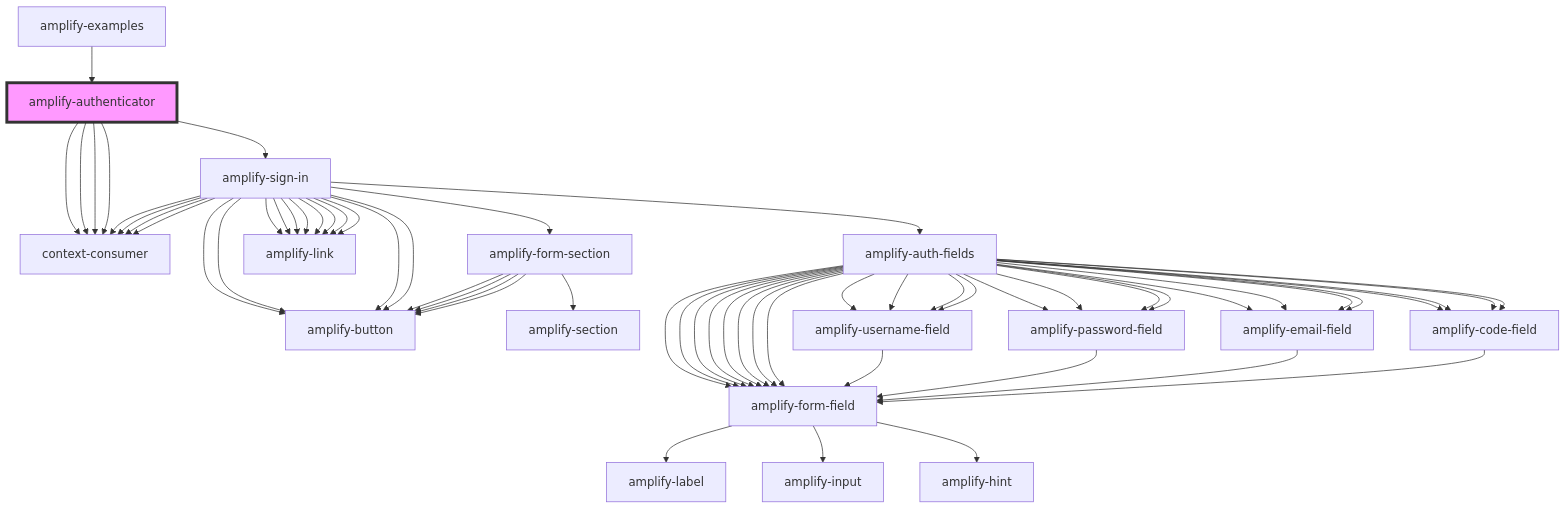
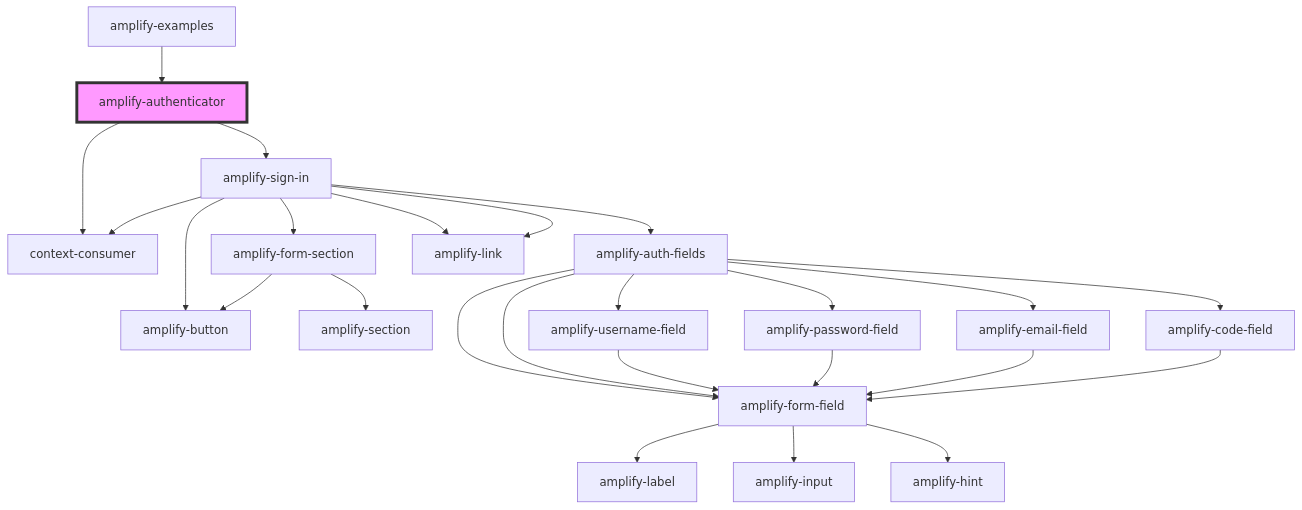
The diagram in packages/amplify-ui-components/src/components/amplify-authenticator/readme.md (aws-amplify/amplify-js), drawn with Mermaid before and after one commit. The commit also changed other lines of this file and 4 other files, not shown here.

````diff
--- a/packages/amplify-ui-components/src/components/amplify-authenticator/readme.md
+++ b/packages/amplify-ui-components/src/components/amplify-authenticator/readme.md
@@ -30,64 +27,28 @@
 ```mermaid
 graph TD;
   amplify-authenticator --> amplify-sign-in
-  amplify-authenticator --> context-consumer
-  amplify-authenticator --> context-consumer
-  amplify-authenticator --> context-consumer
   amplify-authenticator --> context-consumer
   amplify-sign-in --> amplify-form-section
   amplify-sign-in --> amplify-auth-fields
   amplify-sign-in --> amplify-link
   amplify-sign-in --> context-consumer
   amplify-sign-in --> amplify-link
   amplify-sign-in --> amplify-button
-  amplify-sign-in --> amplify-link
-  amplify-sign-in --> context-consumer
-  amplify-sign-in --> amplify-link
-  amplify-sign-in --> amplify-button
-  amplify-sign-in --> amplify-link
-  amplify-sign-in --> context-consumer
-  amplify-sign-in --> amplify-link
-  amplify-sign-in --> amplify-button
-  amplify-sign-in --> amplify-link
-  amplify-sign-in --> context-consumer
-  amplify-sign-in --> amplify-link
-  amplify-sign-in --> amplify-button
   amplify-form-section --> amplify-section
   amplify-form-section --> amplify-button
-  amplify-form-section --> amplify-button
-  amplify-form-section --> amplify-button
-  amplify-form-section --> amplify-button
-  amplify-auth-fields --> amplify-username-field
-  amplify-auth-fields --> amplify-password-field
-  amplify-auth-fields --> amplify-email-field
-  amplify-auth-fields --> amplify-code-field
-  amplify-auth-fields --> amplify-form-field
-  amplify-auth-fields --> amplify-form-field
-  amplify-auth-fields --> amplify-username-field
-  amplify-auth-fields --> amplify-password-field
-  amplify-auth-fields --> amplify-email-field
-  amplify-auth-fields --> amplify-code-field
-  amplify-auth-fields --> amplify-form-field
-  amplify-auth-fields --> amplify-form-field
-  amplify-auth-fields --> amplify-username-field
-  amplify-auth-fields --> amplify-password-field
-  amplify-auth-fields --> amplify-email-field
-  amplify-auth-fields --> amplify-code-field
-  amplify-auth-fields --> amplify-form-field
-  amplify-auth-fields --> amplify-form-field
   amplify-auth-fields --> amplify-username-field
   amplify-auth-fields --> amplify-password-field
   amplify-auth-fields --> amplify-email-field
   amplify-auth-fields --> amplify-code-field
   amplify-auth-fields --> amplify-form-field
   amplify-auth-fields --> amplify-form-field
   amplify-username-field --> amplify-form-field
   amplify-form-field --> amplify-label
   amplify-form-field --> amplify-input
   amplify-form-field --> amplify-hint
   amplify-password-field --> amplify-form-field
   amplify-email-field --> amplify-form-field
   amplify-code-field --> amplify-form-field
   amplify-examples --> amplify-authenticator
   style amplify-authenticator fill:#f9f,stroke:#333,stroke-width:4px
 ```
````
